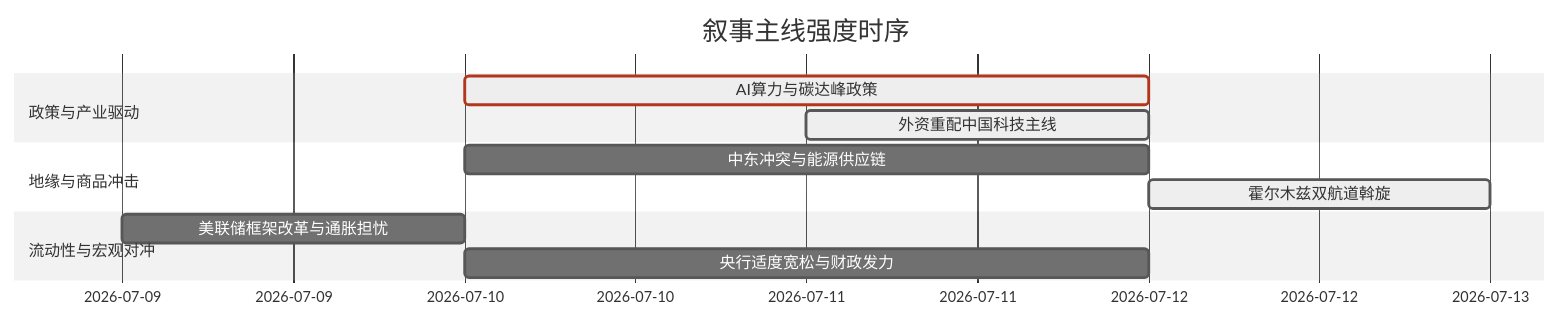
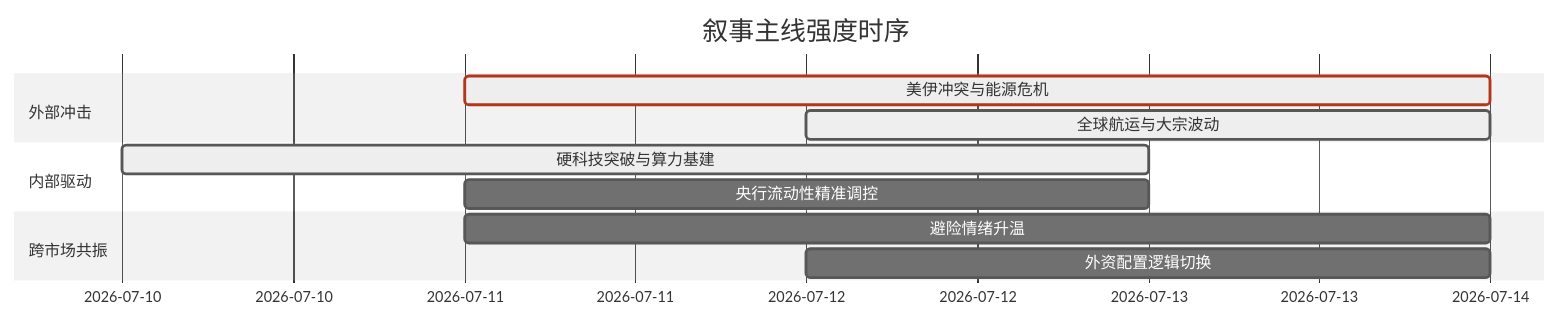
Before and after one commit to uu5zn/uu5zn.github.io: the diagram in 5day_report.md, drawn with Mermaid (neutral theme). The commit also changed other lines of this file and 21 other files, not shown here.

````diff
--- a/5day_report.md
+++ b/5day_report.md
@@ -55,16 +55,16 @@
 ```mermaid
 gantt
     title 叙事主线强度时序
     dateFormat  YYYY-MM-DD
-    section 政策与产业驱动
-    AI算力与碳达峰政策   :crit, active, 2026-07-10, 2d
-    外资重配中国科技主线   :active, 2026-07-11, 1d
+    section 外部冲击
+    美伊冲突与能源危机   :crit, active, 2026-07-11, 3d
+    全球航运与大宗波动   :active, 2026-07-12, 2d
     
-    section 地缘与商品冲击
-    中东冲突与能源供应链   :2026-07-10, 2d
-    霍尔木兹双航道斡旋   :active, 2026-07-12, 1d
+    section 内部驱动
+    硬科技突破与算力基建   :active, 2026-07-10, 3d
+    央行流动性精准调控   :2026-07-11, 2d
     
-    section 流动性与宏观对冲
-    美联储框架改革与通胀担忧   :2026-07-09, 1d
-    央行适度宽松与财政发力   :2026-07-10, 2d
+    section 跨市场共振
+    避险情绪升温         :2026-07-11, 3d
+    外资配置逻辑切换     :2026-07-12, 2d
 ```
````
